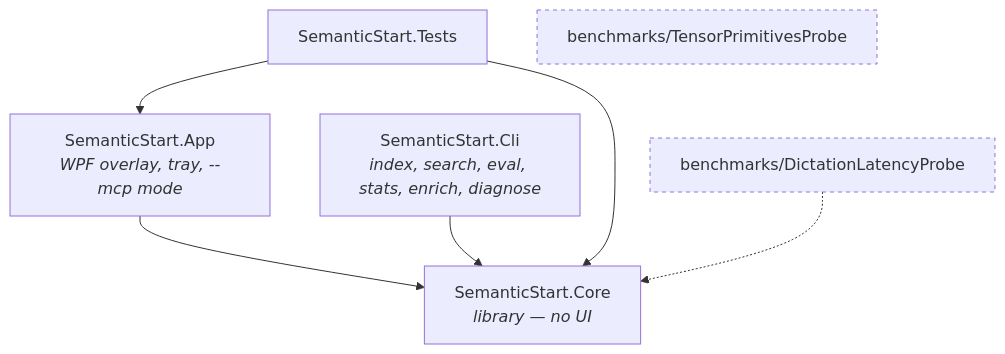
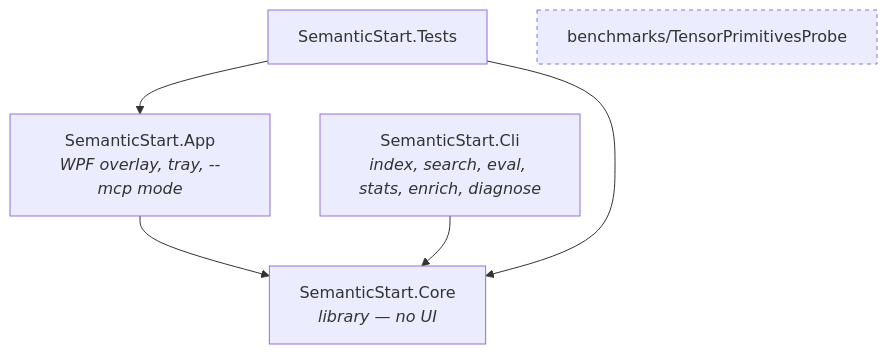
Before and after one commit to albigi/SemanticStart: the first of 7 diagrams in docs/architecture.md, drawn with Mermaid. The commit also changed other lines of this file and 4 other files, not shown here.

First line of the commit message:
Remove standalone dictation latency companion app (#10)

````diff
--- a/docs/architecture.md
+++ b/docs/architecture.md
@@ -12,18 +12,16 @@
 ```mermaid
 flowchart TB
     Core["SemanticStart.Core<br/><i>library — no UI</i>"]
     App["SemanticStart.App<br/><i>WPF overlay, tray, --mcp mode</i>"]
     Cli["SemanticStart.Cli<br/><i>index, search, eval, stats, enrich, diagnose</i>"]
     Tests["SemanticStart.Tests"]
-    Probe1["benchmarks/DictationLatencyProbe"]
     Probe2["benchmarks/TensorPrimitivesProbe"]
 
     App --> Core
     Cli --> Core
     Tests --> Core
     Tests --> App
-    Probe1 -.-> Core
 
     classDef outside stroke-dasharray: 4 4
-    class Probe1,Probe2 outside
+    class Probe2 outside
 ```
````
